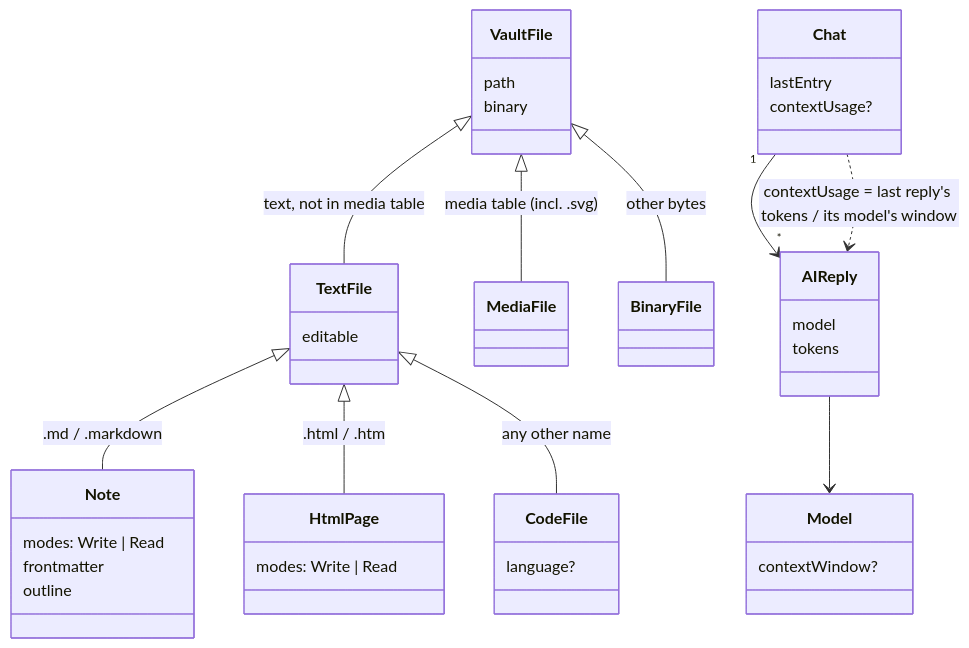
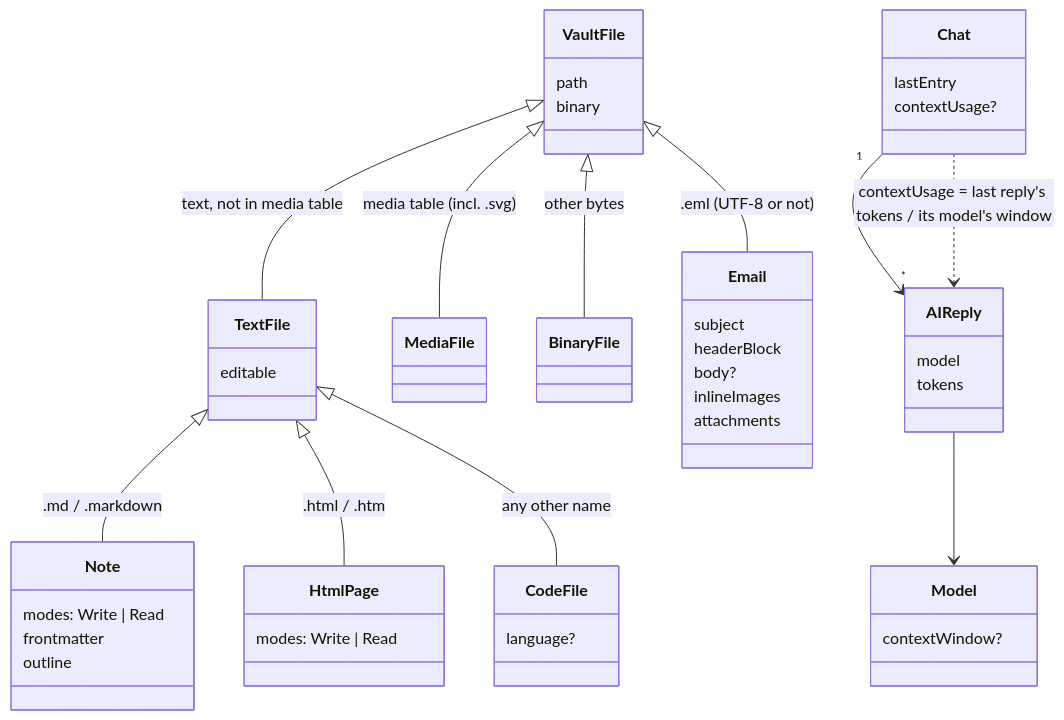
One commit to tillg/karpathy.app changed the fourth of 26 diagrams in specs/system/domain.md. Above: the diagram before and after it, drawn with Mermaid. The commit also changed other lines of this file and 3 other files, not shown here.

First line of the commit message:
Email viewer: .eml files show as mails - subject, header block, inert HTML or text body, inline images, attachment downloads, Latin-1 too (#166)

````diff
--- a/specs/system/domain.md
+++ b/specs/system/domain.md
@@ -388,43 +395,51 @@
 ```mermaid
 classDiagram
     class VaultFile {
       path
       binary
     }
     class TextFile {
       editable
     }
     class Note {
       modes: Write | Read
       frontmatter
       outline
     }
     class CodeFile {
       language?
     }
     class HtmlPage {
       modes: Write | Read
     }
     class MediaFile
     class BinaryFile
+    class Email {
+      subject
+      headerBlock
+      body?
+      inlineImages
+      attachments
+    }
     VaultFile <|-- TextFile : text, not in media table
+    VaultFile <|-- Email : .eml (UTF-8 or not)
     VaultFile <|-- MediaFile : media table (incl. .svg)
     VaultFile <|-- BinaryFile : other bytes
     TextFile <|-- Note : .md / .markdown
     TextFile <|-- HtmlPage : .html / .htm
     TextFile <|-- CodeFile : any other name
     class Chat {
       lastEntry
       contextUsage?
     }
     class AIReply {
       model
       tokens
     }
     class Model {
       contextWindow?
     }
     Chat "1" --> "*" AIReply
     AIReply --> Model
     Chat ..> AIReply : contextUsage = last reply's tokens / its model's window
 ```
````
